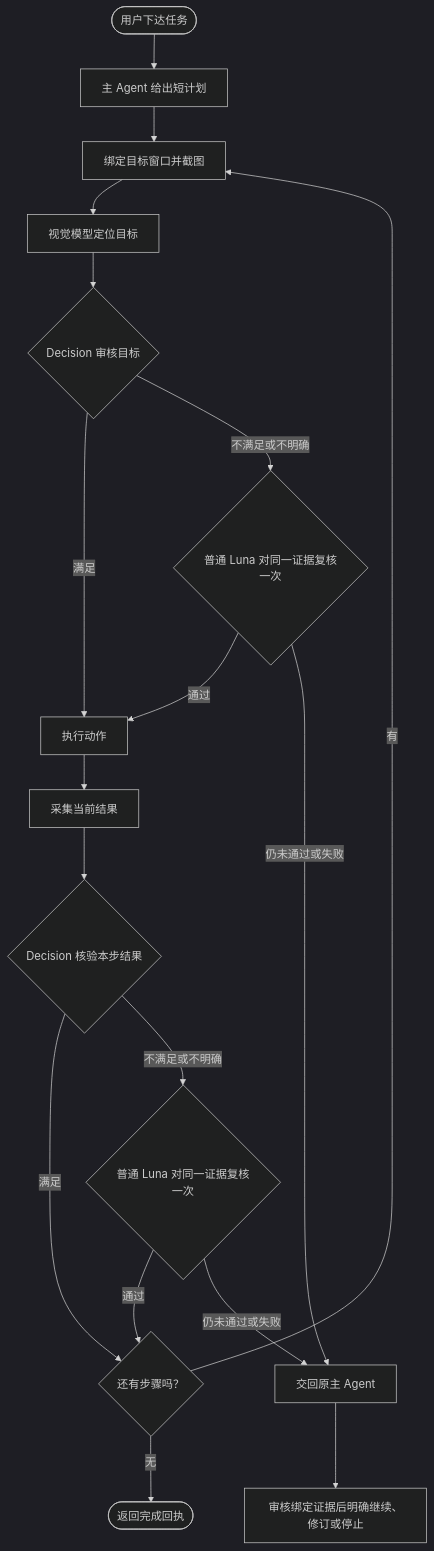
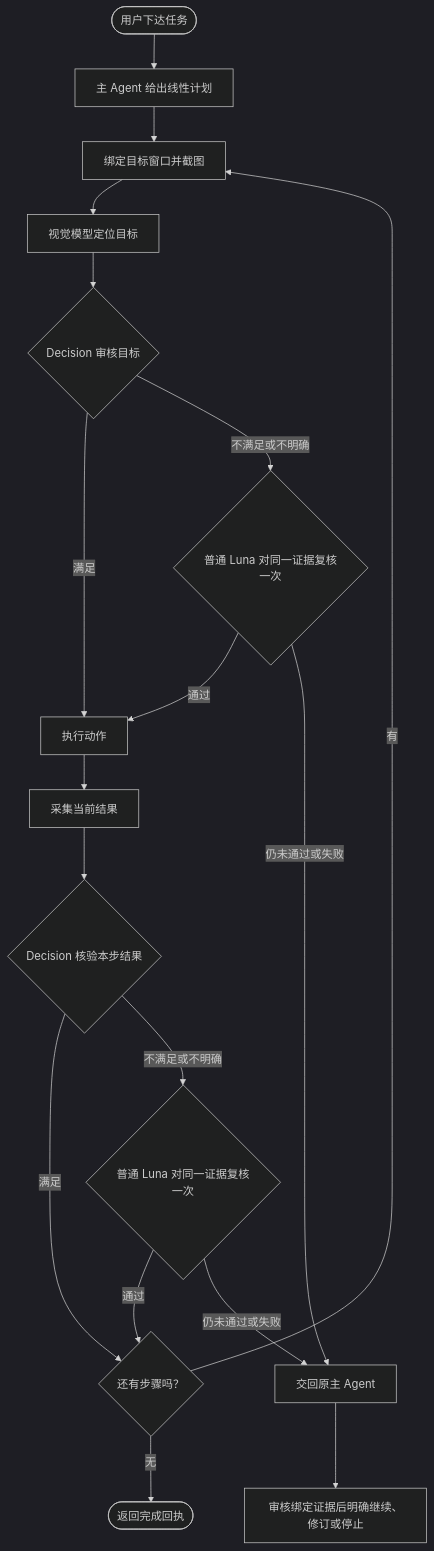
The diagram in docs/EXECUTION_GUIDE.zh-CN.md (Desolate-Jix/agent-gui-runtime), drawn with Mermaid (dark theme) before and after one commit. The commit also changed other lines of this file and 27 other files, not shown here.

````diff
--- a/docs/EXECUTION_GUIDE.zh-CN.md
+++ b/docs/EXECUTION_GUIDE.zh-CN.md
@@ -29,20 +29,20 @@
 ```mermaid
 flowchart TD
-    U([用户下达任务]) --> M[主 Agent 给出短计划]
+    U([用户下达任务]) --> M[主 Agent 给出线性计划]
     M --> C[绑定目标窗口并截图]
     C --> V[视觉模型定位目标]
     V --> D{Decision 审核目标}
     D -->|满足| A[执行动作]
     D -->|不满足或不明确| L{普通 Luna 对同一证据复核一次}
     L -->|通过| A
     L -->|仍未通过或失败| R[交回原主 Agent]
     A --> E[采集当前结果]
     E --> O{Decision 核验本步结果}
     O -->|满足| N{还有步骤吗？}
     O -->|不满足或不明确| Q{普通 Luna 对同一证据复核一次}
     Q -->|通过| N
     Q -->|仍未通过或失败| R
     N -->|有| C
     N -->|无| F([返回完成回执])
     R --> P[审核绑定证据后明确继续、修订或停止]
 ```
````
